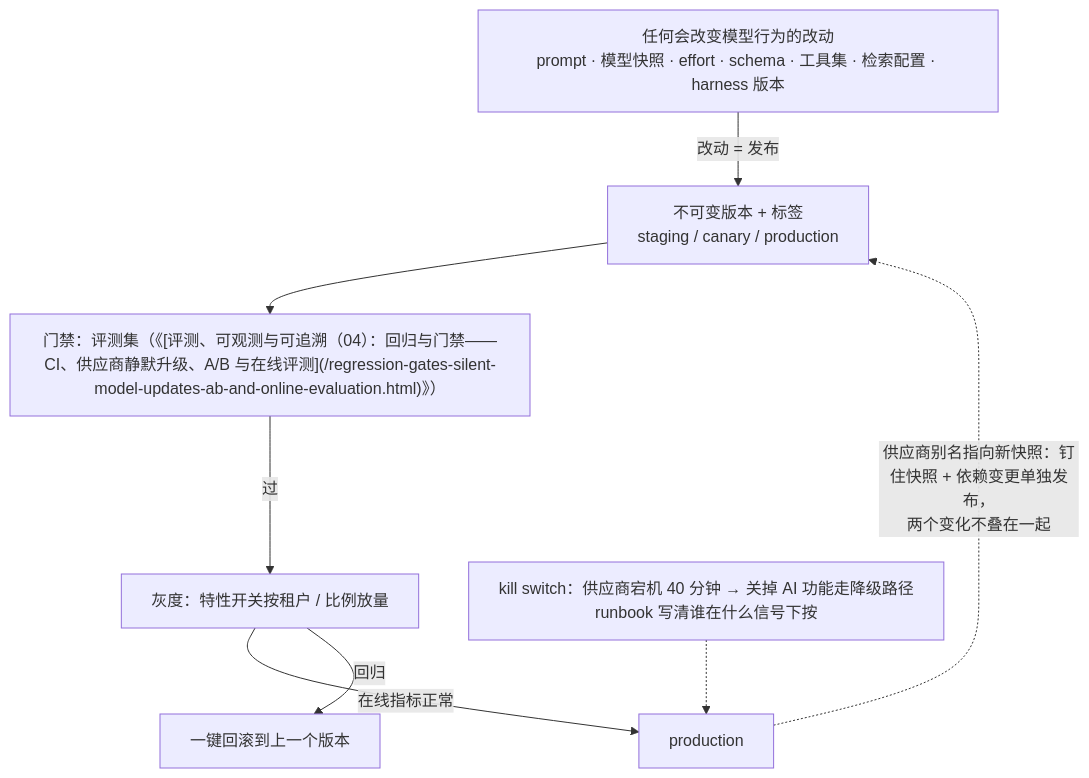
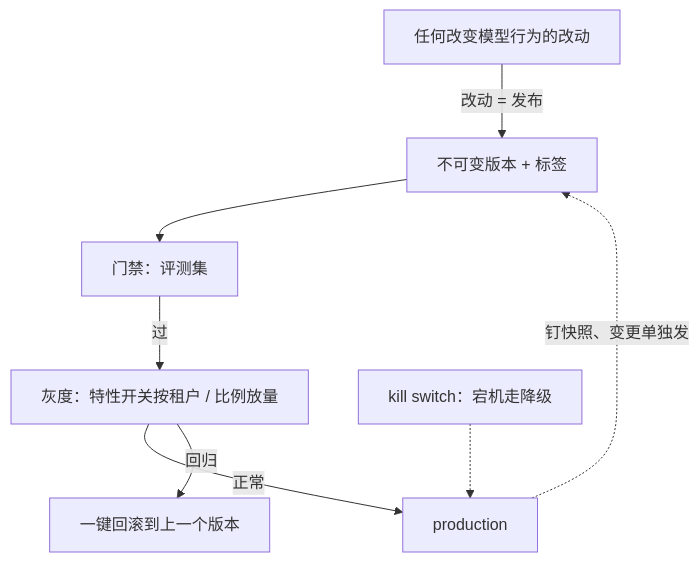
The sixth of 7 diagrams in slides/2026-11-14-production-and-operations.md (arganzheng/arganzheng.github.com), drawn with Mermaid before and after one commit. The commit also changed other lines of this file, not shown here.

Commit message:
slides/production-and-operations: cut/shorten mermaid diagrams below 14px rendered text (check-render smalltext/overlap)

````diff
--- a/slides/2026-11-14-production-and-operations.md
+++ b/slides/2026-11-14-production-and-operations.md
@@ -216,12 +216,12 @@
 ```mermaid
 %%{init: {"flowchart": {"wrappingWidth": 460}}}%%
 flowchart TB
-    C["任何会改变模型行为的改动<br/>prompt · 模型快照 · effort · schema · 工具集 · 检索配置 · harness 版本"] -- "改动 = 发布" --> V["不可变版本 + 标签<br/>staging / canary / production"]
-    V --> G["门禁：评测集（《[评测、可观测与可追溯（04）：回归与门禁——CI、供应商静默升级、A/B 与在线评测](/regression-gates-silent-model-updates-ab-and-online-evaluation.html)》）"]
+    C["任何改变模型行为的改动"] -- "改动 = 发布" --> V["不可变版本 + 标签"]
+    V --> G["门禁：评测集"]
     G -- "过" --> CN["灰度：特性开关按租户 / 比例放量"]
-    CN -- "在线指标正常" --> PR["production"]
+    CN -- "正常" --> PR["production"]
     CN -- "回归" --> RB["一键回滚到上一个版本"]
-    PR -. "供应商别名指向新快照：钉住快照 + 依赖变更单独发布，<br/>两个变化不叠在一起" .-> V
-    K["kill switch：供应商宕机 40 分钟 → 关掉 AI 功能走降级路径<br/>runbook 写清谁在什么信号下按"] -.-> PR
+    PR -. "钉快照、变更单独发" .-> V
+    K["kill switch：宕机走降级"] -.-> PR
 
 ```
````
